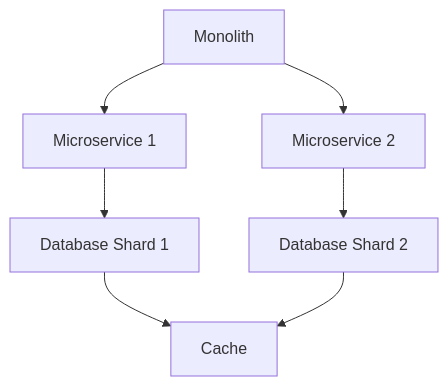
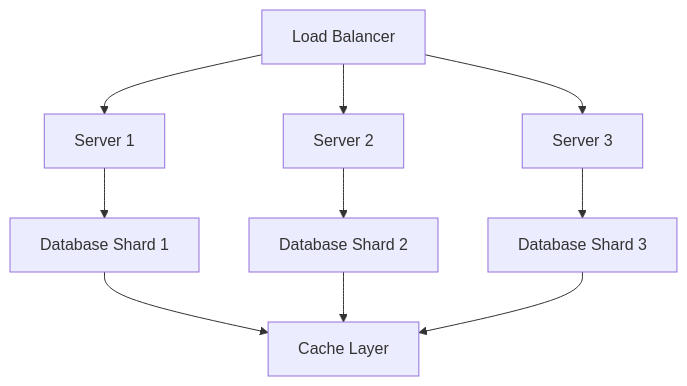
The diagram in high-scalability-patterns/README.md (VrushankPatel/interview-matters), drawn with Mermaid before and after one commit. The commit also changed other lines of this file and 6 other files, not shown here.

````diff
--- a/high-scalability-patterns/README.md
+++ b/high-scalability-patterns/README.md
@@ -26,9 +52,12 @@
 ```mermaid
 graph TD
-    A[Monolith] --> B[Microservice 1]
-    A --> C[Microservice 2]
-    B --> D[Database Shard 1]
-    C --> E[Database Shard 2]
-    D --> F[Cache]
-    E --> F
+    A[Load Balancer] --> B[Server 1]
+    A --> C[Server 2]
+    A --> D[Server 3]
+    B --> E[Database Shard 1]
+    C --> F[Database Shard 2]
+    D --> G[Database Shard 3]
+    E --> H[Cache Layer]
+    F --> H
+    G --> H
 ```
````
